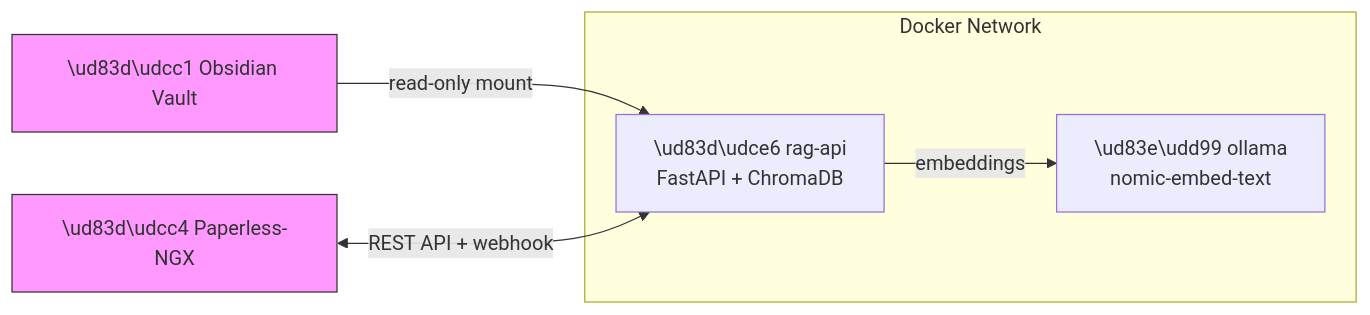
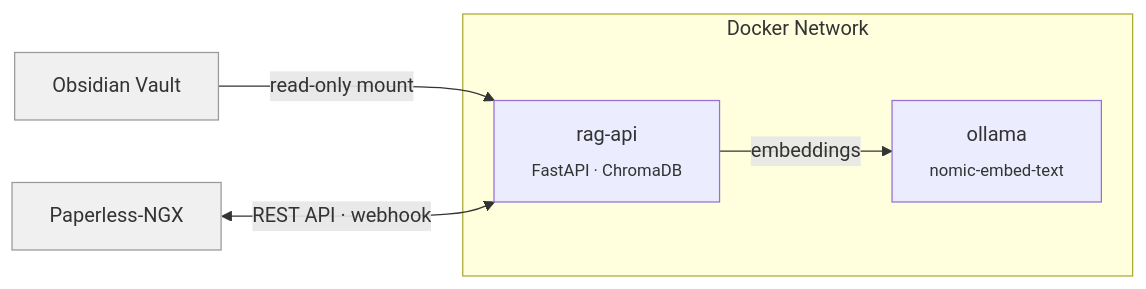
The diagram in README.md (duongel/rag-api), drawn with Mermaid before and after one commit. The commit also changed other lines of this file and 1 other file, not shown here.

````diff
--- a/README.md
+++ b/README.md
@@ -24,16 +52,16 @@
 ```mermaid
 graph LR
     subgraph Docker Network
-        RAG["\ud83d\udce6 rag-api\nFastAPI + ChromaDB"]
-        OLL["\ud83e\udd99 ollama\nnomic-embed-text"]
+        RAG["rag-api<br><sub>FastAPI · ChromaDB</sub>"]
+        OLL["ollama<br><sub>nomic-embed-text</sub>"]
     end
 
-    VAULT["\ud83d\udcc1 Obsidian Vault"]:::external
-    PAPER["\ud83d\udcc4 Paperless-NGX"]:::external
+    VAULT["Obsidian Vault"]:::ext
+    PAPER["Paperless-NGX"]:::ext
 
     RAG -->|embeddings| OLL
     VAULT -->|read-only mount| RAG
-    PAPER <-->|REST API + webhook| RAG
+    PAPER <-->|REST API · webhook| RAG
 
-    classDef external fill:#f9f,stroke:#333,stroke-width:1px
+    classDef ext fill:#f0f0f0,stroke:#999,stroke-width:1px,color:#333
 ```
````
